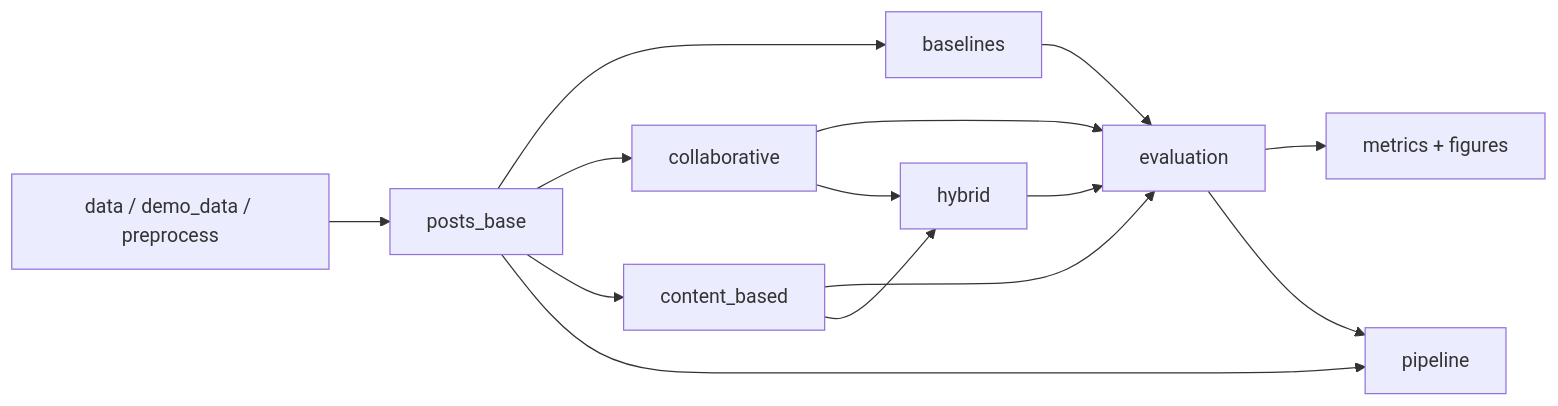
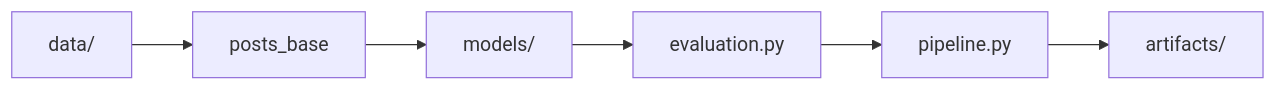
One commit to SamiiShabuse/DSCI_Recommender_System_Class_Proj changed the diagram in src/README.md. Above: the diagram before and after it, drawn with Mermaid. The commit also changed other lines of this file and 17 other files, not shown here.

````diff
--- a/src/README.md
+++ b/src/README.md
@@ -13,16 +21,8 @@
 ```mermaid
 flowchart LR
-    A[data / demo_data / preprocess] --> B[posts_base]
-    B --> C[baselines]
-    B --> D[collaborative]
-    B --> E[content_based]
-    C --> F[evaluation]
-    D --> F
-    E --> F
-    D --> G[hybrid]
-    E --> G
-    G --> F
-    F --> H[metrics + figures]
-    B --> I[pipeline]
-    F --> I
+    A[data/] --> B[posts_base]
+    B --> C[models/]
+    C --> D[evaluation.py]
+    D --> E[pipeline.py]
+    E --> F[artifacts/]
 ```
````
